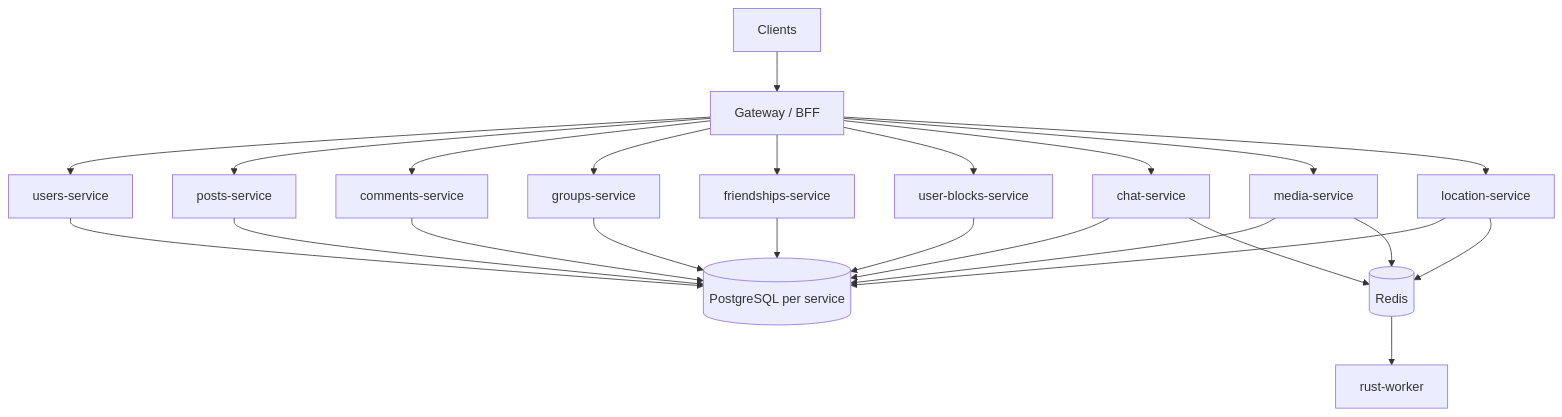
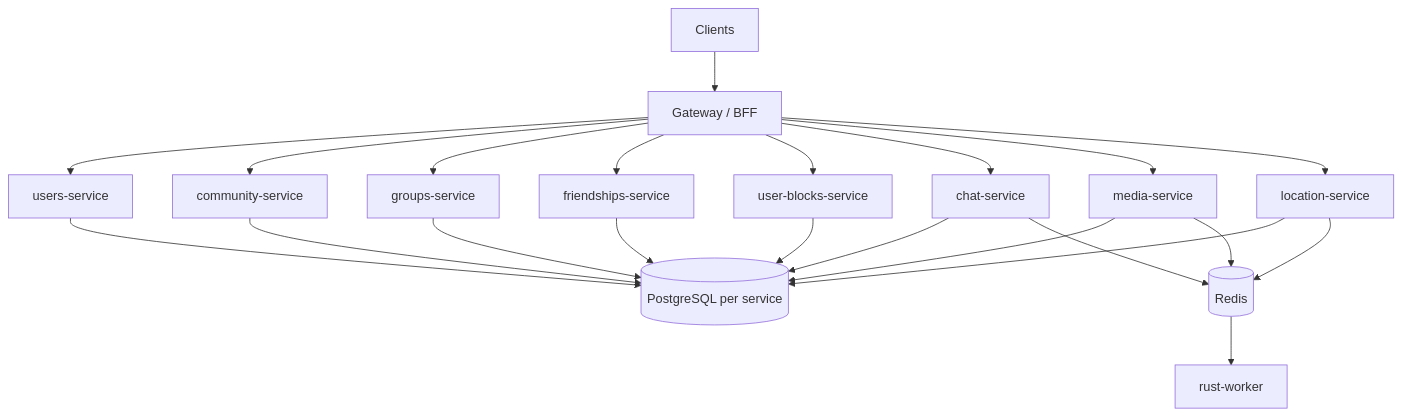
One commit to Atsilut/Tangle-study changed the second of 2 diagrams in docs/ARCHITECTURE.md. Above: the diagram before and after it, drawn with Mermaid. The commit also changed 7 other files, not shown here.

First line of the commit message:
chore: wire community-service into Compose, nginx, CI, and docs

````diff
--- a/docs/ARCHITECTURE.md
+++ b/docs/ARCHITECTURE.md
@@ -140,41 +140,38 @@
 ```mermaid
 flowchart TB
   Clients["Clients"]
   GW["Gateway / BFF"]
   Users["users-service"]
-  Posts["posts-service"]
-  Comments["comments-service"]
+  Community["community-service"]
   Groups["groups-service"]
   Friendships["friendships-service"]
   UserBlocks["user-blocks-service"]
   Chat["chat-service"]
   Media["media-service"]
   Location["location-service"]
   PG[(PostgreSQL per service)]
   Redis[(Redis)]
   Worker["rust-worker"]
 
   Clients --> GW
   GW --> Users
-  GW --> Posts
-  GW --> Comments
+  GW --> Community
   GW --> Groups
   GW --> Friendships
   GW --> UserBlocks
   GW --> Chat
   GW --> Media
   GW --> Location
   Users --> PG
-  Posts --> PG
-  Comments --> PG
+  Community --> PG
   Groups --> PG
   Friendships --> PG
   UserBlocks --> PG
   Chat --> PG
   Media --> PG
   Location --> PG
   Chat --> Redis
   Location --> Redis
   Media --> Redis
   Redis --> Worker
 ```
````
